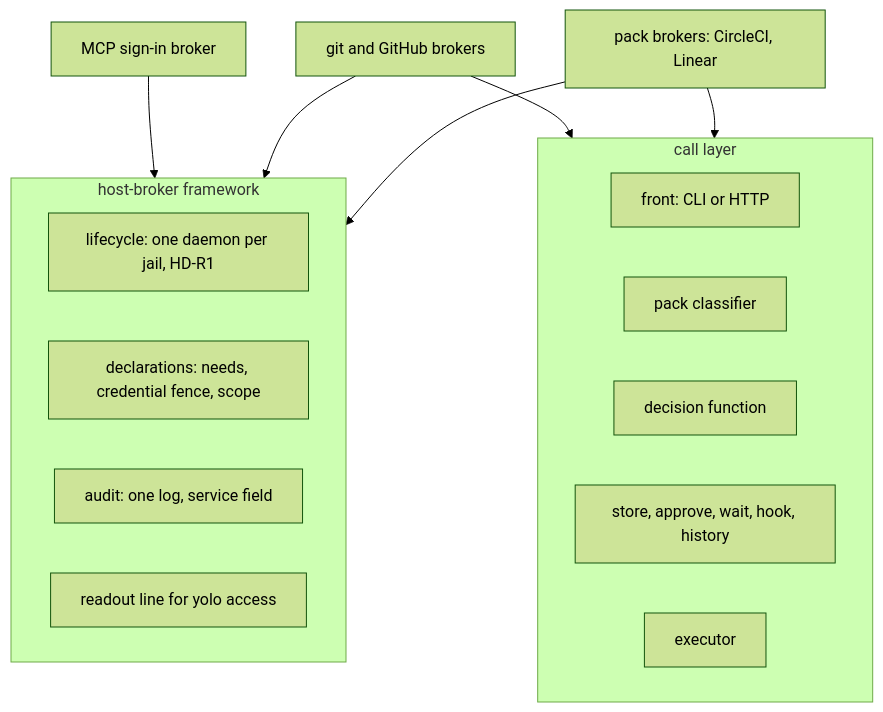
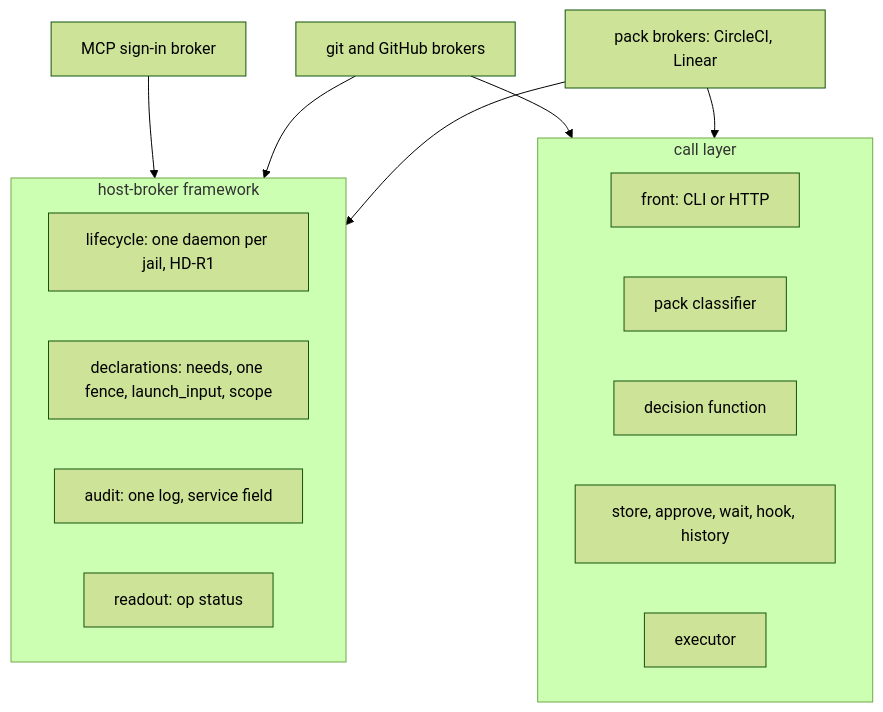
Before and after one commit to mschulkind-oss/yolo-jail: the diagram in docs/design/pack-brokers.md, drawn with Mermaid (forest theme). The commit also changed other lines of this file and 2 other files, not shown here.

Commit message:
docs(design): pack brokers adopt the MCP plan's fence, launch input, readout and names (BX-D11..D16, AX-D7)

````diff
--- a/docs/design/pack-brokers.md
+++ b/docs/design/pack-brokers.md
@@ -156,21 +156,21 @@
 ```mermaid
 flowchart TB
   subgraph L1[host-broker framework]
     LC[lifecycle: one daemon per jail, HD-R1]
-    DE[declarations: needs, credential fence, scope]
+    DE[declarations: needs, one fence, launch_input, scope]
     AU[audit: one log, service field]
-    RO[readout line for yolo access]
+    RO[readout: op status]
   end
   subgraph L2[call layer]
     FR[front: CLI or HTTP]
     CL[pack classifier]
     DF[decision function]
     ST[store, approve, wait, hook, history]
     EX[executor]
   end
   MCP[MCP sign-in broker] --> L1
   GH[git and GitHub brokers] --> L1
   GH --> L2
   PB[pack brokers: CircleCI, Linear] --> L1
   PB --> L2
 ```
````
